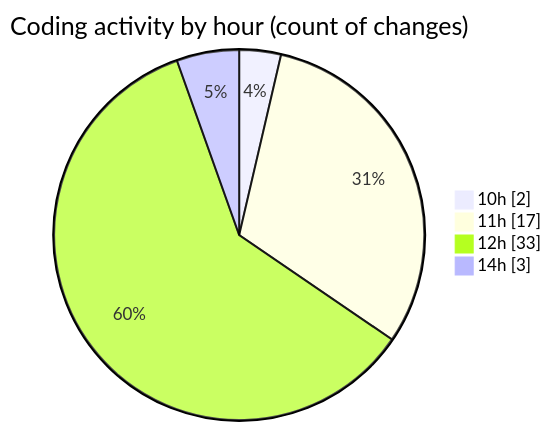
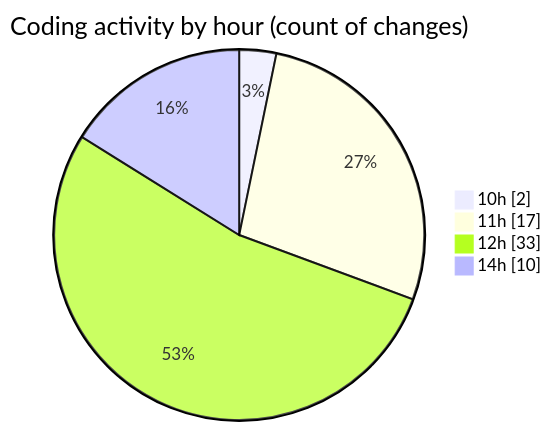
One commit to nxtqubesakshisongat/code-tracking changed the second of 2 diagrams in 2025-05-14/argos-dev/README.md. Above: the diagram before and after it, drawn with Mermaid. The commit also changed other lines of this file and 1 other file, not shown here.

````diff
--- a/2025-05-14/argos-dev/README.md
+++ b/2025-05-14/argos-dev/README.md
@@ -32,8 +32,8 @@
 ```mermaid
 pie showData
 title Coding activity by hour (count of changes)
 "10h" : 2
 "11h" : 17
 "12h" : 33
-"14h" : 3
+"14h" : 10
 ```
````
